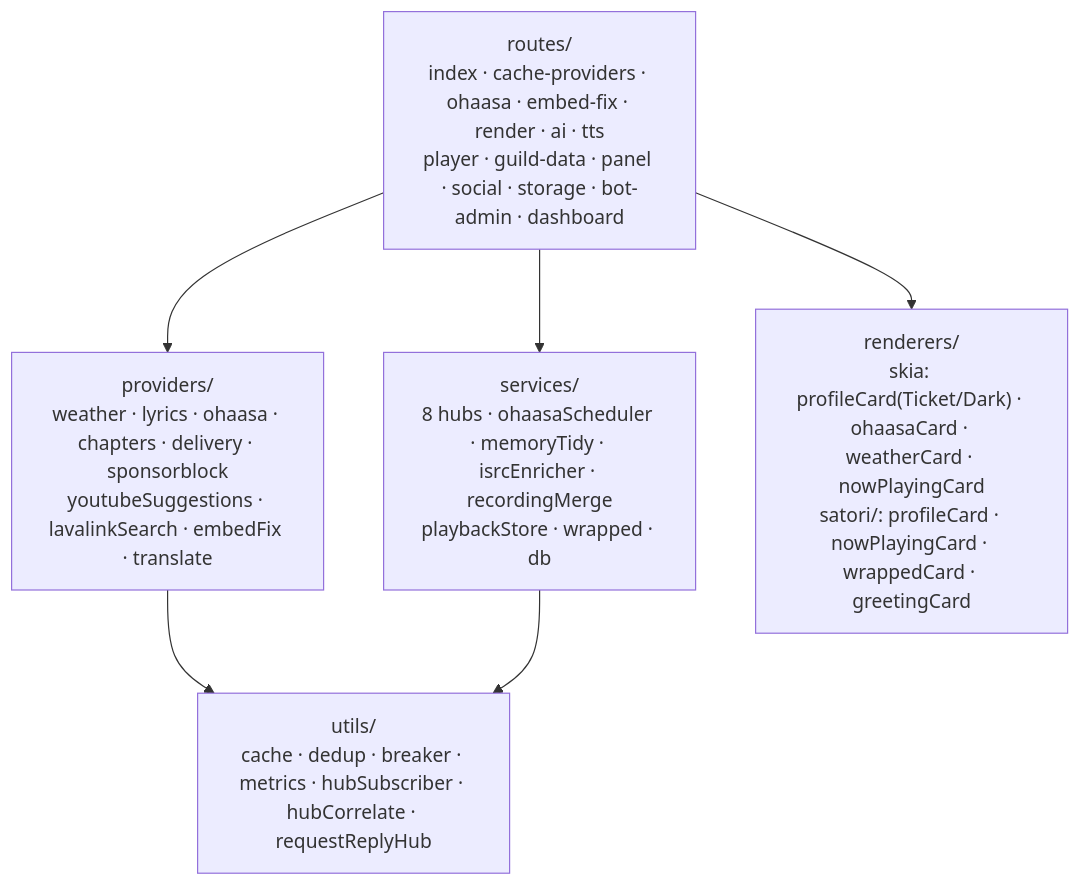
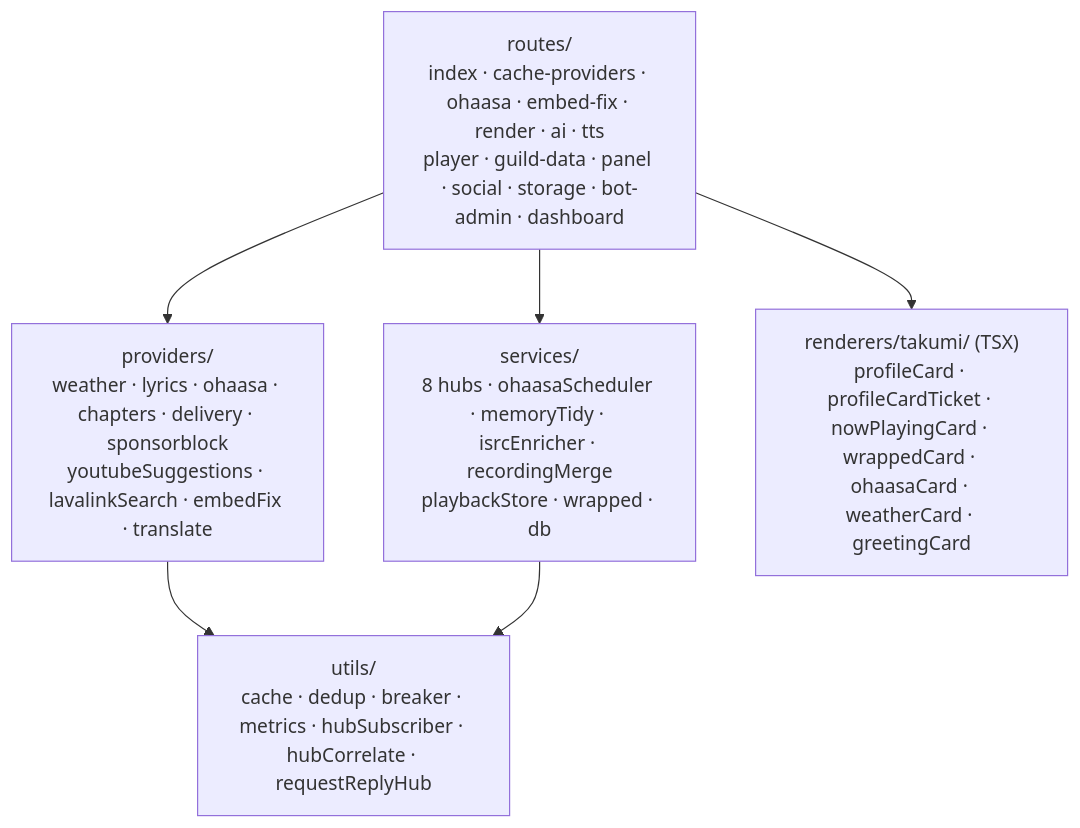
One commit to mochilabs/SiruBOT changed the third of 10 diagrams in docs/architecture.md. Above: the diagram before and after it, drawn with Mermaid. The commit also changed other lines of this file and 67 other files, not shown here.

First line of the commit message:
feat(data-api): 남은 skia 카드 Takumi 포팅, 카드 전체 TSX 전환, skia-canvas 제거

````diff
--- a/docs/architecture.md
+++ b/docs/architecture.md
@@ -217,8 +217,8 @@
 ```mermaid
 graph TB
     R1["routes/<br/>index · cache-providers · ohaasa · embed-fix · render · ai · tts<br/>player · guild-data · panel · social · storage · bot-admin · dashboard"] --> P["providers/<br/>weather · lyrics · ohaasa · chapters · delivery · sponsorblock<br/>youtubeSuggestions · lavalinkSearch · embedFix · translate"]
     R1 --> S["services/<br/>8 hubs · ohaasaScheduler · memoryTidy · isrcEnricher · recordingMerge<br/>playbackStore · wrapped · db"]
-    R1 --> RD["renderers/<br/>skia: profileCard(Ticket/Dark) · ohaasaCard · weatherCard · nowPlayingCard<br/>satori/: profileCard · nowPlayingCard · wrappedCard · greetingCard"]
+    R1 --> RD["renderers/takumi/ (TSX)<br/>profileCard · profileCardTicket · nowPlayingCard · wrappedCard · ohaasaCard · weatherCard · greetingCard"]
     P --> U["utils/<br/>cache · dedup · breaker · metrics · hubSubscriber · hubCorrelate · requestReplyHub"]
     S --> U
 ```
````
